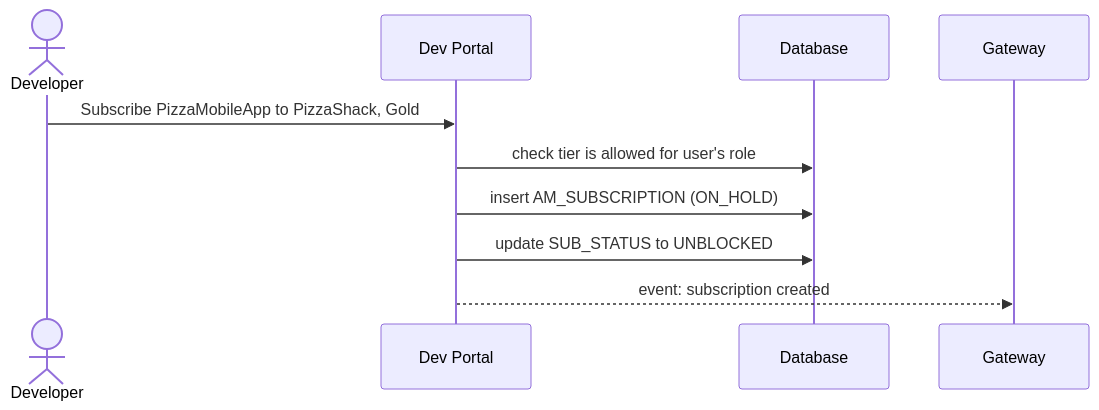
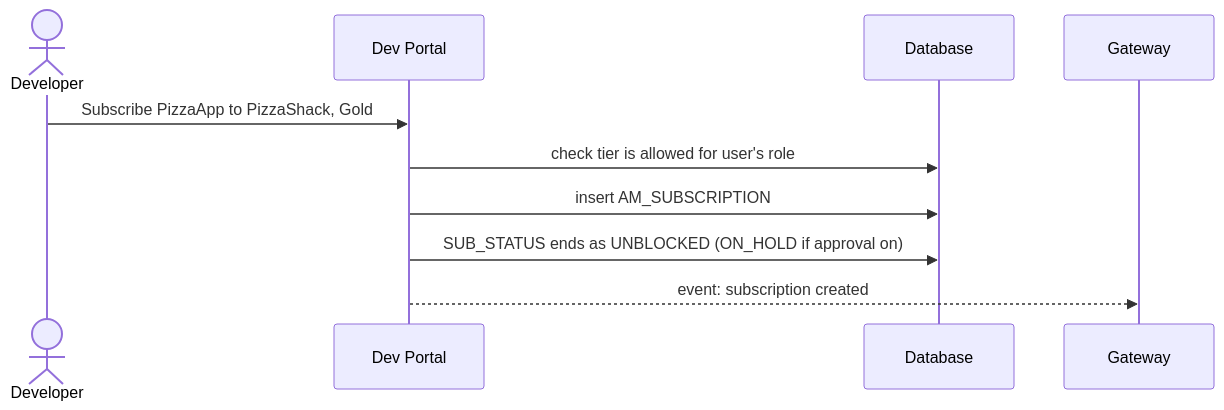
Before and after one commit to SaviNimz/apim-db-docs: the diagram in docs/apim-3/flows/08-subscribe.md, drawn with Mermaid. The commit also changed other lines of this file and 55 other files, not shown here.

First line of the commit message:
Verify all core flows against running 3.2.0 and 4.7.0 servers

````diff
--- a/docs/apim-3/flows/08-subscribe.md
+++ b/docs/apim-3/flows/08-subscribe.md
@@ -12,12 +19,12 @@
 ```mermaid
 sequenceDiagram
     actor Dev as Developer
     participant Portal as Dev Portal
     participant DB as Database
     participant GW as Gateway
-    Dev->>Portal: Subscribe PizzaMobileApp to PizzaShack, Gold
+    Dev->>Portal: Subscribe PizzaApp to PizzaShack, Gold
     Portal->>DB: check tier is allowed for user's role
-    Portal->>DB: insert AM_SUBSCRIPTION (ON_HOLD)
-    Portal->>DB: update SUB_STATUS to UNBLOCKED
+    Portal->>DB: insert AM_SUBSCRIPTION
+    Portal->>DB: SUB_STATUS ends as UNBLOCKED (ON_HOLD if approval on)
     Portal-->>GW: event: subscription created
 ```
````
